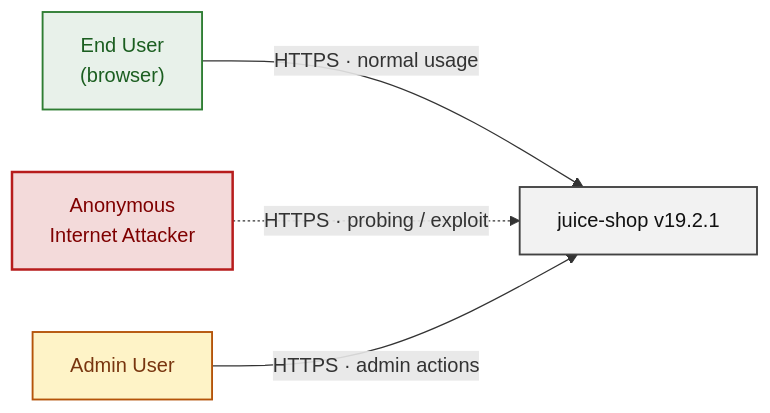
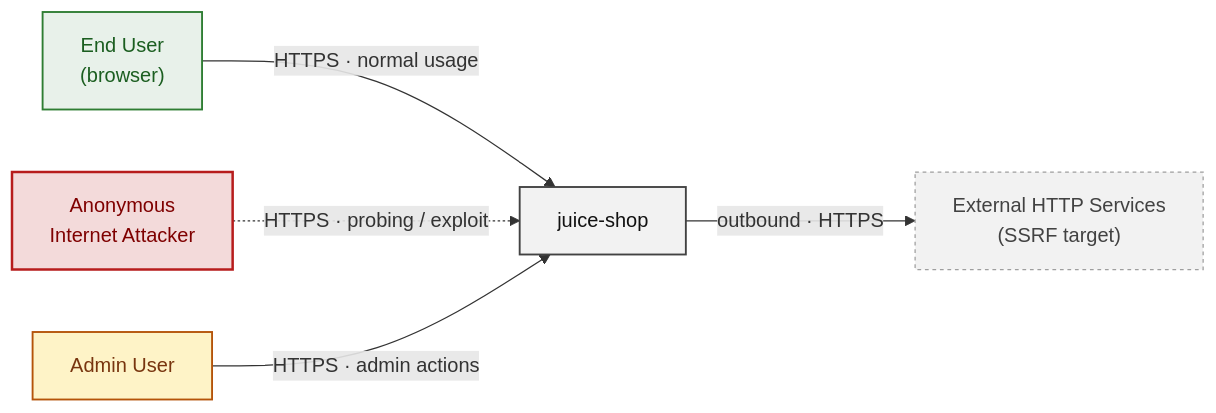
One commit to appsec-foundry/appsec-advisor changed the fourth of 19 diagrams in examples/threat-modeler/threat-model-juice-shop-standard.md. Above: the diagram before and after it, drawn with Mermaid. The commit also changed other lines of this file and 4 other files, not shown here.

````diff
--- a/examples/threat-modeler/threat-model-juice-shop-standard.md
+++ b/examples/threat-modeler/threat-model-juice-shop-standard.md
@@ -370,18 +355,22 @@
 ```mermaid
 flowchart LR
     USER["End User<br/>(browser)"]
     ATTACKER["Anonymous<br/>Internet Attacker"]
     ADMIN["Admin User"]
-    SYSTEM["juice-shop v19.2.1"]
+    SYSTEM["juice-shop"]
+    EXTERNAL["External HTTP Services<br/>(SSRF target)"]
     USER -->|HTTPS · normal usage| SYSTEM
     ATTACKER -.->|HTTPS · probing / exploit| SYSTEM
     ADMIN -->|HTTPS · admin actions| SYSTEM
+    SYSTEM -->|outbound · HTTPS| EXTERNAL
     classDef user     fill:#e8f1ea,stroke:#2e7d32,color:#1b5e20,stroke-width:1.5px
     classDef attacker fill:#f3dada,stroke:#b71c1c,color:#7f0000,stroke-width:2px
     classDef admin    fill:#fef3c7,stroke:#b45309,color:#78350f,stroke-width:1.5px
     classDef sys      fill:#f2f2f2,stroke:#424242,color:#111,stroke-width:1.5px
+    classDef ext      fill:#f2f2f2,stroke:#9e9e9e,color:#424242,stroke-dasharray:3 3,stroke-width:1px
     class USER user
     class ATTACKER attacker
     class ADMIN admin
     class SYSTEM sys
+    class EXTERNAL ext
 ```
````
